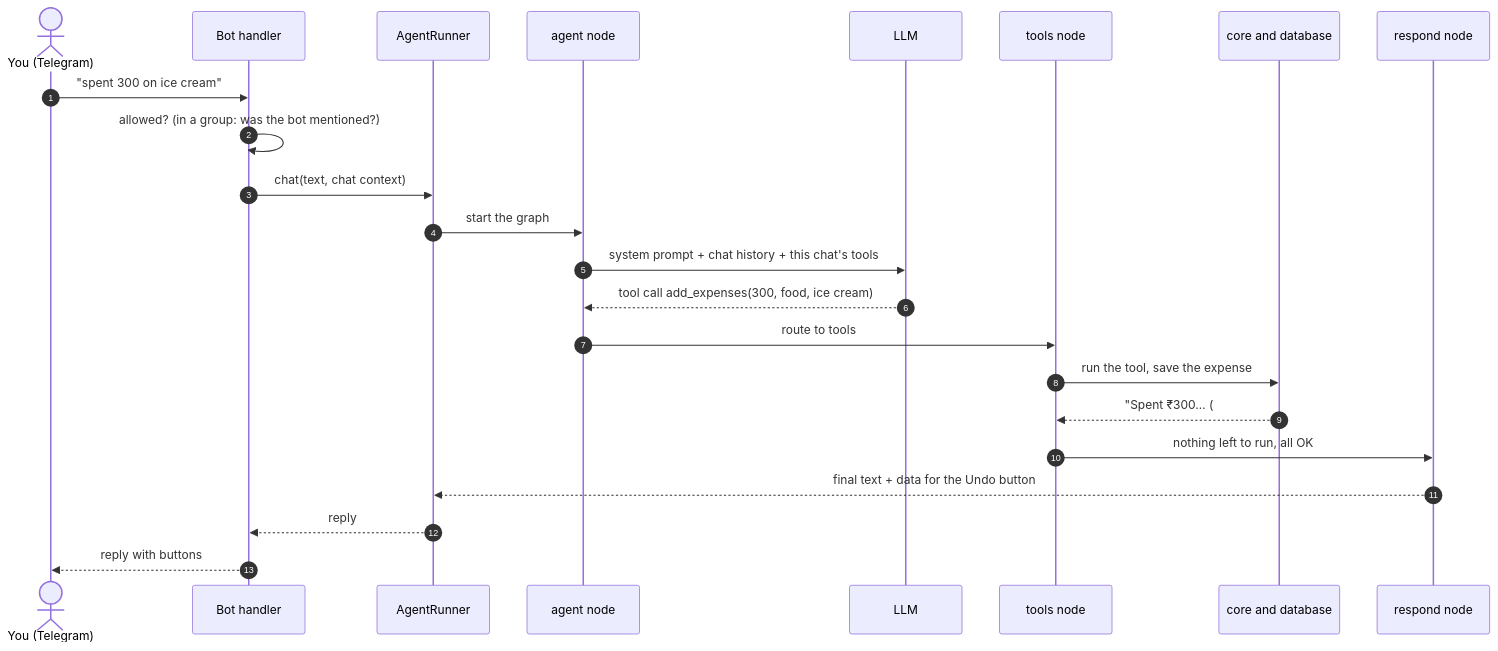
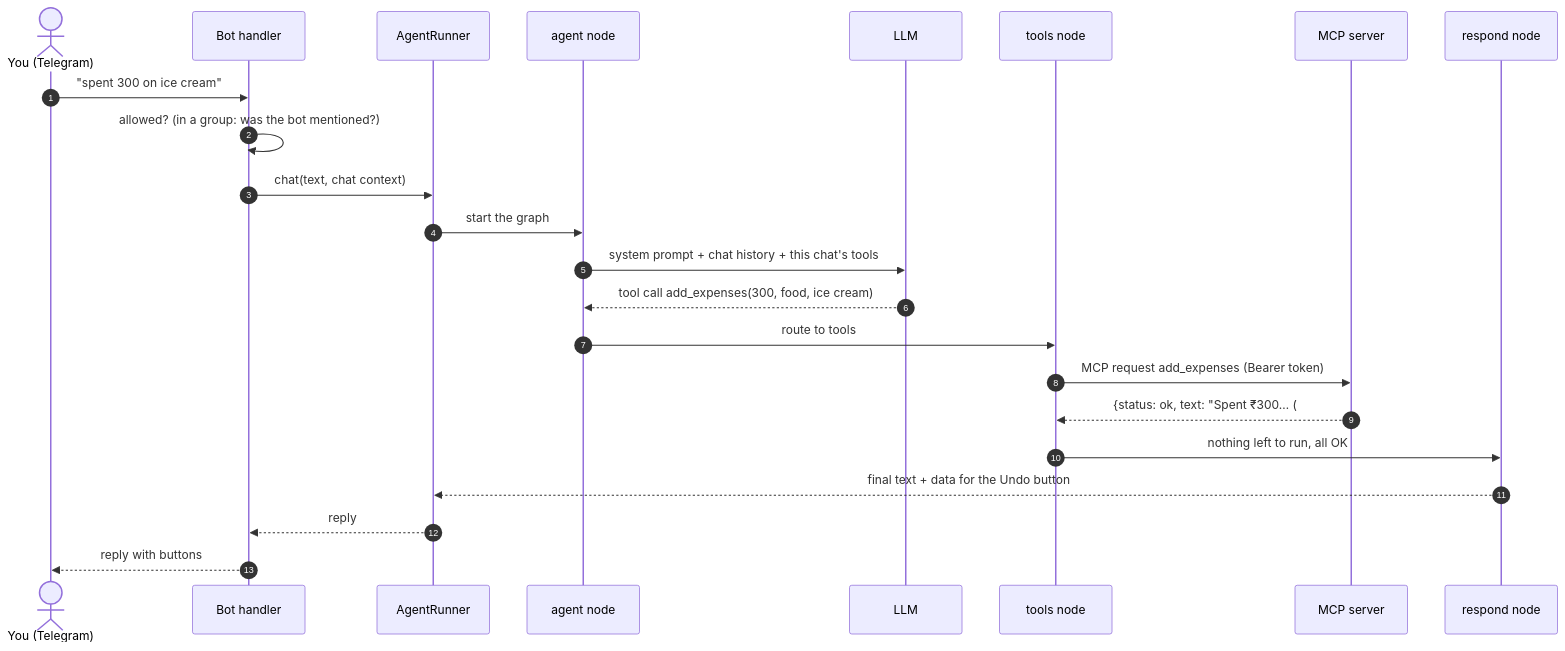
Before and after one commit to yeturu-surya-fission/Expense_Tracker: the fourth of 6 diagrams in docs/STATE_GRAPH.md, drawn with Mermaid. The commit also changed other lines of this file and 132 other files, not shown here.

````diff
--- a/docs/STATE_GRAPH.md
+++ b/docs/STATE_GRAPH.md
@@ -89,26 +93,26 @@
 ```mermaid
 sequenceDiagram
     autonumber
     actor U as You (Telegram)
     participant B as Bot handler
     participant R as AgentRunner
     participant A as agent node
     participant L as LLM
     participant T as tools node
-    participant C as core and database
+    participant C as MCP server
     participant P as respond node
 
     U->>B: "spent 300 on ice cream"
     B->>B: allowed? (in a group: was the bot mentioned?)
     B->>R: chat(text, chat context)
     R->>A: start the graph
     A->>L: system prompt + chat history + this chat's tools
     L-->>A: tool call add_expenses(300, food, ice cream)
     A->>T: route to tools
-    T->>C: run the tool, save the expense
-    C-->>T: "Spent ₹300… (#12)"
+    T->>C: MCP request add_expenses (Bearer token)
+    C-->>T: {status: ok, text: "Spent ₹300… (#12)", data: {expense_ids: [12]}}
     T->>P: nothing left to run, all OK
     P-->>R: final text + data for the Undo button
     R-->>B: reply
     B-->>U: reply with buttons
 ```
````
